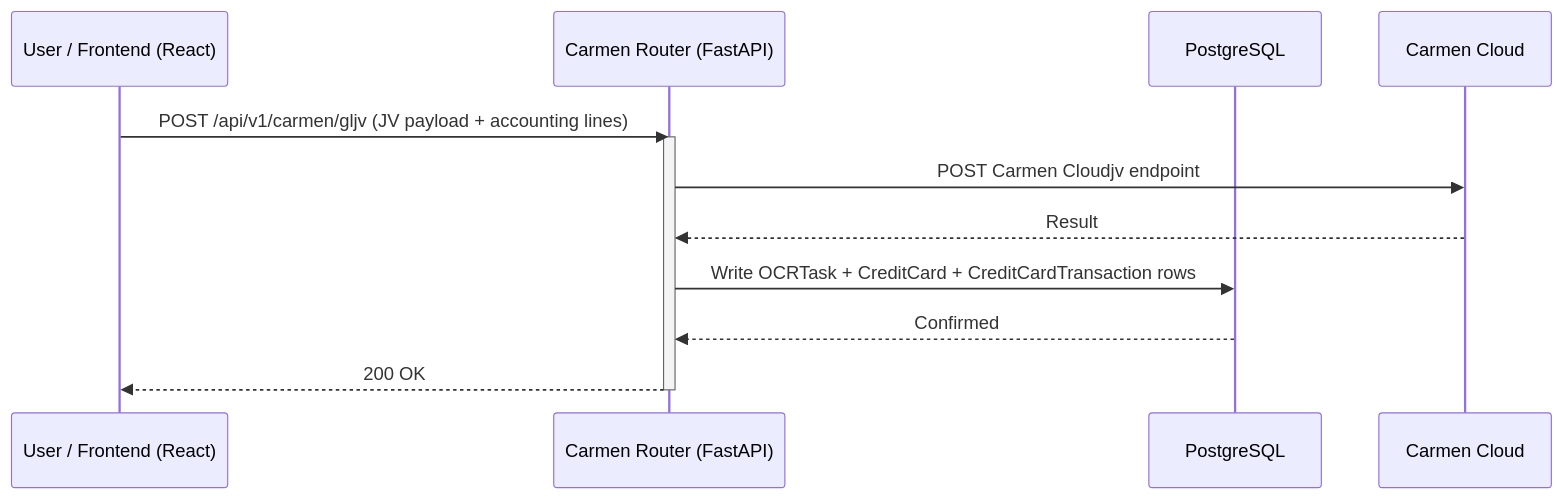
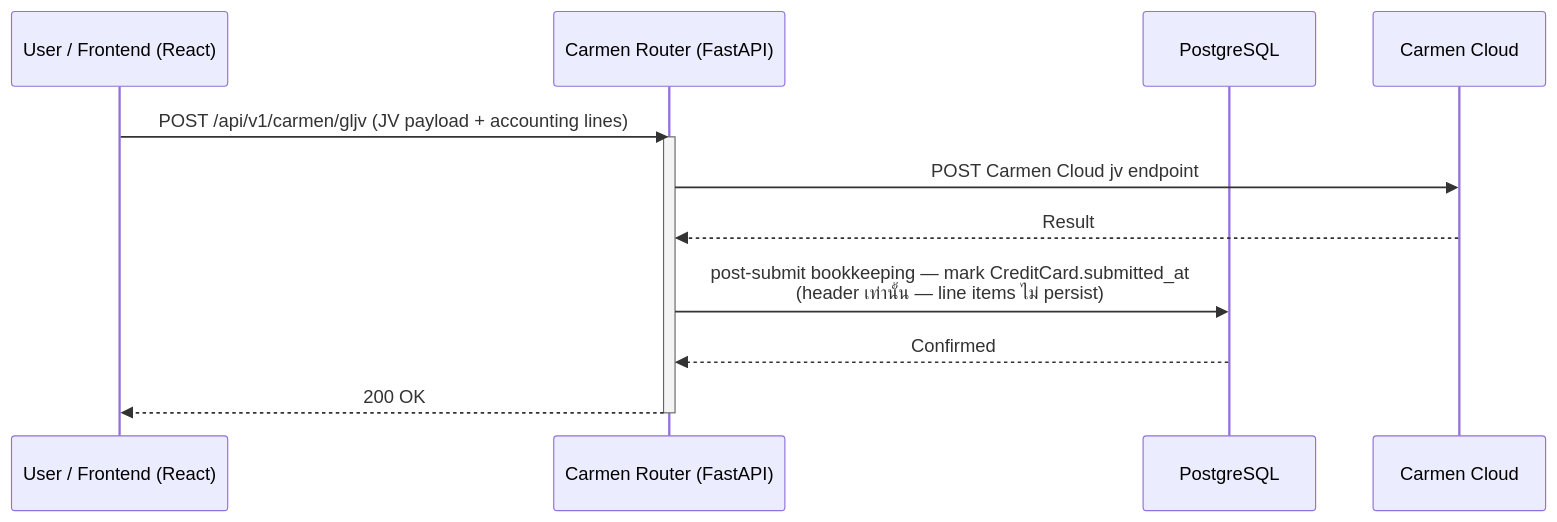
One commit to developer-carmensoftware/OCR changed the eighth of 8 diagrams in docs/Software_Requirements_Specification.md. Above: the diagram before and after it, drawn with Mermaid. The commit also changed other lines of this file and 17 other files, not shown here.

````diff
--- a/docs/Software_Requirements_Specification.md
+++ b/docs/Software_Requirements_Specification.md
@@ -296,16 +306,16 @@
 ```mermaid
 sequenceDiagram
     participant User as User / Frontend (React)
     participant API as Carmen Router (FastAPI)
     participant DB as PostgreSQL
     participant Carmen as Carmen Cloud
 
     User->>API: POST /api/v1/carmen/gljv (JV payload + accounting lines)
     activate API
-    API->>Carmen: POST Carmen Cloudjv endpoint
+    API->>Carmen: POST Carmen Cloud jv endpoint
     Carmen-->>API: Result
-    API->>DB: Write OCRTask + CreditCard + CreditCardTransaction rows
+    API->>DB: post-submit bookkeeping — mark CreditCard.submitted_at<br/>(header เท่านั้น — line items ไม่ persist)
     DB-->>API: Confirmed
     API-->>User: 200 OK
     deactivate API
 ```
````
